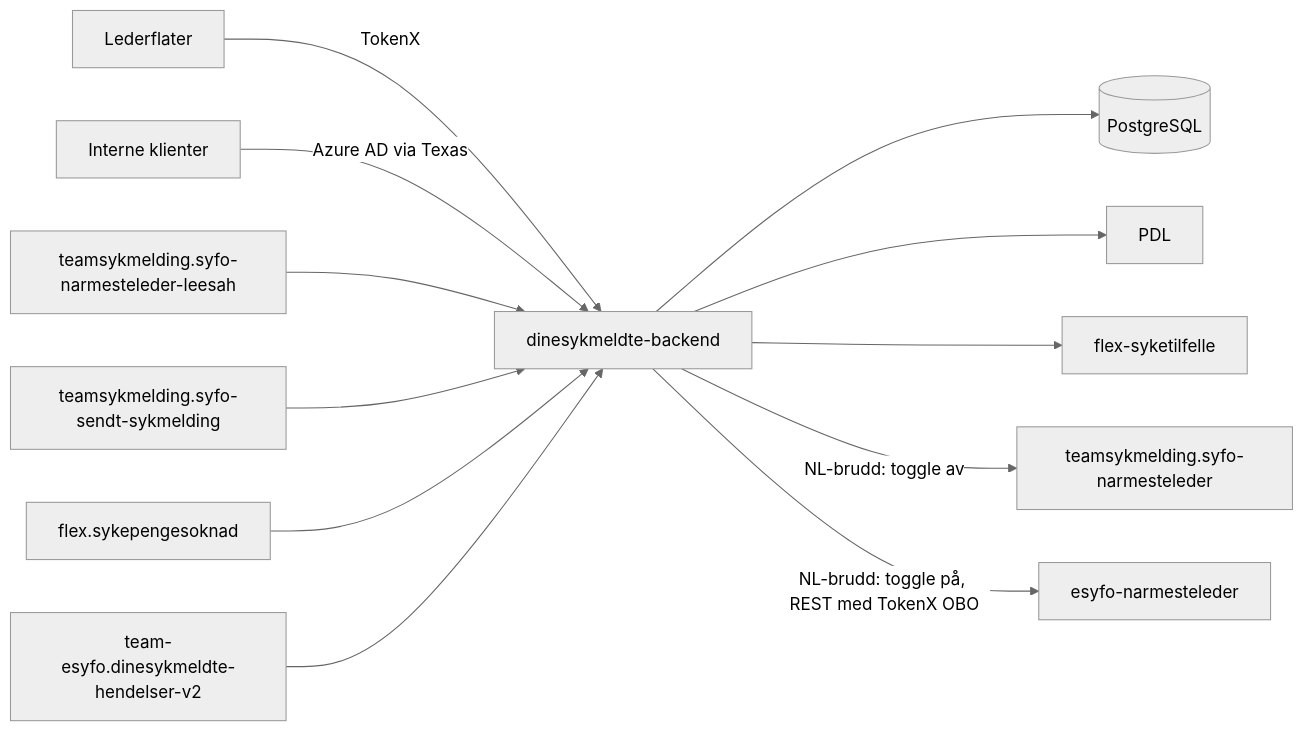
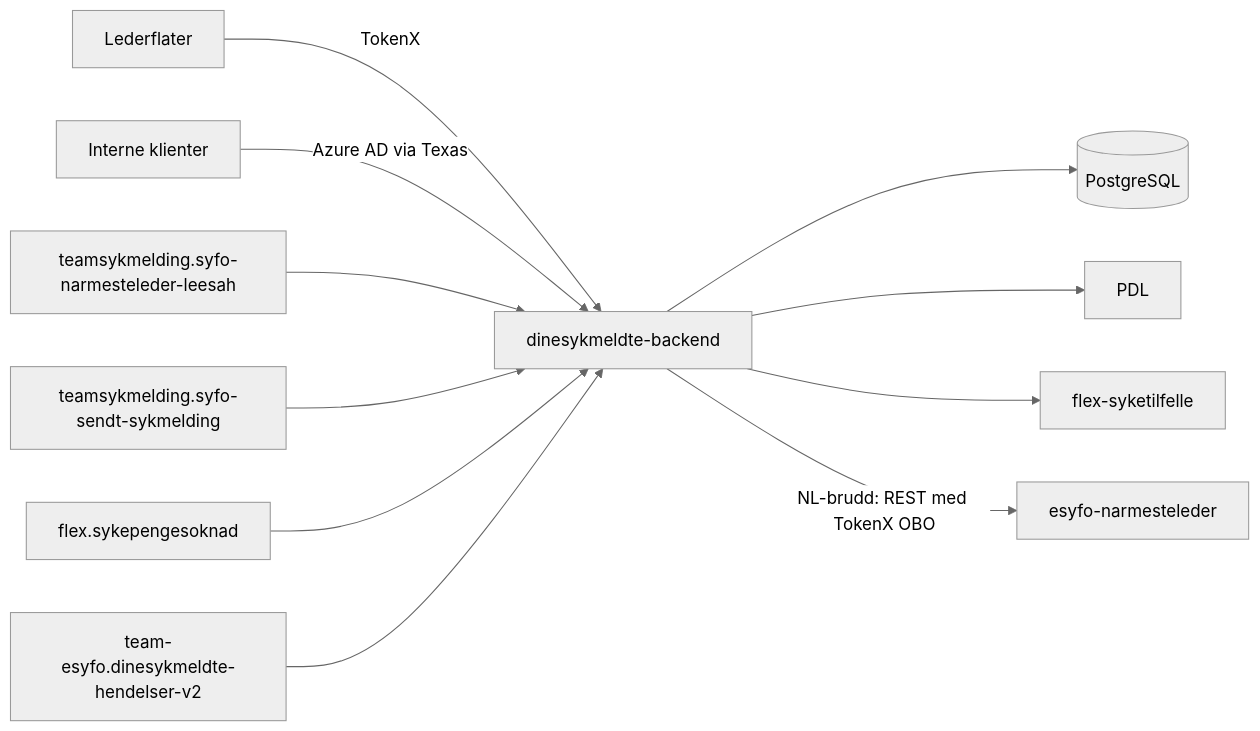
The diagram in README.md (navikt/dinesykmeldte-backend), drawn with Mermaid (neutral theme) before and after one commit. The commit also changed other lines of this file and 11 other files, not shown here.

````diff
--- a/README.md
+++ b/README.md
@@ -13,14 +13,13 @@
 ```mermaid
 flowchart LR
     A[Lederflater] -->|TokenX| B[dinesykmeldte-backend]
     X[Interne klienter] -->|Azure AD via Texas| B
     K1[teamsykmelding.syfo-narmesteleder-leesah] --> B
     K2[teamsykmelding.syfo-sendt-sykmelding] --> B
     K3[flex.sykepengesoknad] --> B
     K4[team-esyfo.dinesykmeldte-hendelser-v2] --> B
     B --> DB[(PostgreSQL)]
     B --> PDL[PDL]
     B --> F[flex-syketilfelle]
-    B -->|NL-brudd: toggle av| K5[teamsykmelding.syfo-narmesteleder]
-    B -->|NL-brudd: toggle på, REST med TokenX OBO| E[esyfo-narmesteleder]
+    B -->|NL-brudd: REST med TokenX OBO| E[esyfo-narmesteleder]
 ```
````
